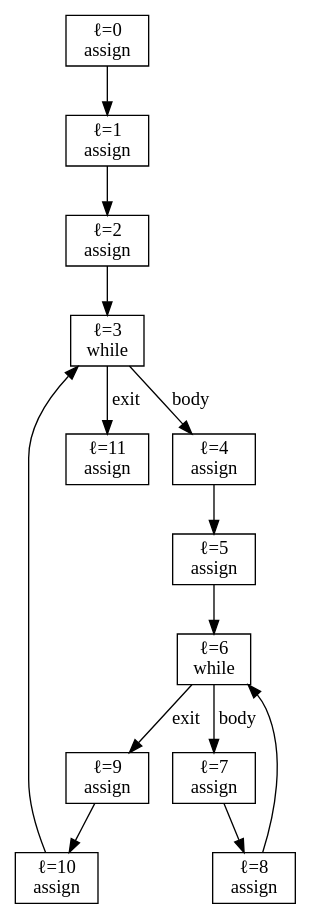
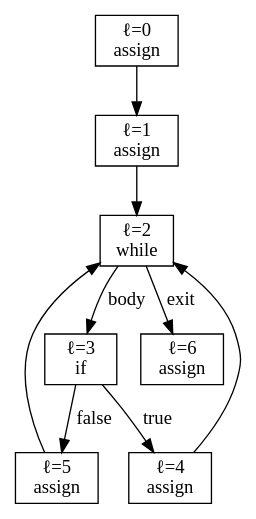
Before and after one commit to CatchSyntaxTerror/Terminators: the diagram in project2/src/dotfiles/cfg.dot, drawn with Graphviz. The commit also changed 20 other files, not shown here.

```diff
--- a/project2/src/dotfiles/cfg.dot
+++ b/project2/src/dotfiles/cfg.dot
@@ -1,28 +1,18 @@
 digraph CFG {
   node [shape=box];
-  11 [label="ℓ=11\nassign"];
-  10 [label="ℓ=10\nassign"];
-  9 [label="ℓ=9\nassign"];
-  8 [label="ℓ=8\nassign"];
-  7 [label="ℓ=7\nassign"];
-  6 [label="ℓ=6\nwhile"];
+  6 [label="ℓ=6\nassign"];
   5 [label="ℓ=5\nassign"];
   4 [label="ℓ=4\nassign"];
-  3 [label="ℓ=3\nwhile"];
-  2 [label="ℓ=2\nassign"];
+  3 [label="ℓ=3\nif"];
+  2 [label="ℓ=2\nwhile"];
   1 [label="ℓ=1\nassign"];
   0 [label="ℓ=0\nassign"];
-  10 -> 3;
-  9 -> 10;
-  8 -> 6;
-  7 -> 8;
-  6 -> 7 [label="body"];
-  6 -> 9 [label="exit"];
-  5 -> 6;
-  4 -> 5;
-  3 -> 4 [label="body"];
-  3 -> 11 [label="exit"];
-  2 -> 3;
+  5 -> 2;
+  4 -> 2;
+  3 -> 4 [label="true"];
+  3 -> 5 [label="false"];
+  2 -> 3 [label="body"];
+  2 -> 6 [label="exit"];
   1 -> 2;
   0 -> 1;
 }
```
